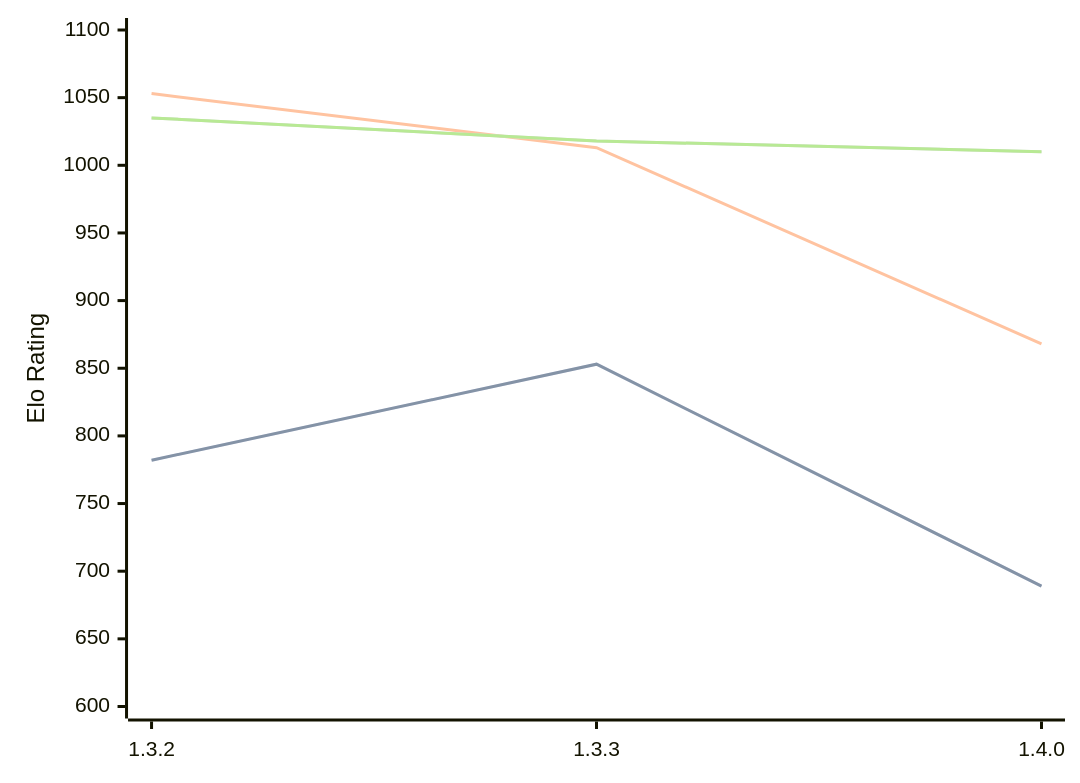
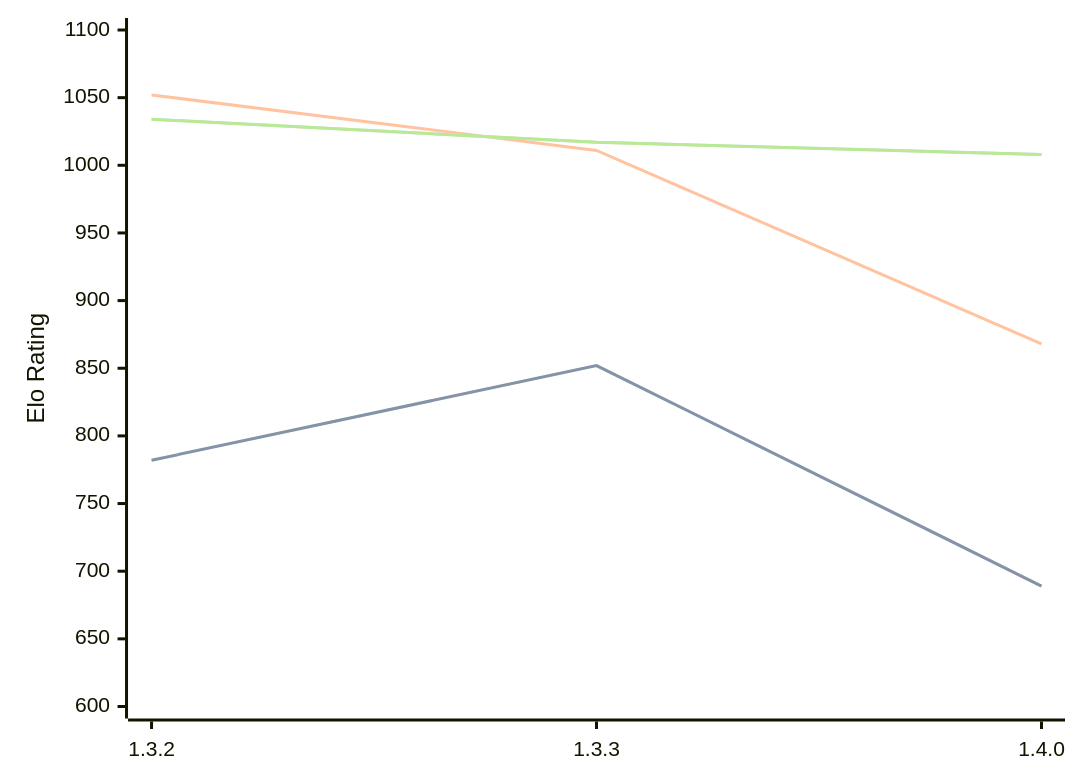
Before and after one commit to computer-chess-index/cci: the third of 3 diagrams in engines/Whitespine.md, drawn with Mermaid. The commit also changed other lines of this file, not shown here.

Commit message:
Update CCI Ratings (ELO VLTC) - 2026-07-16

````diff
--- a/engines/Whitespine.md
+++ b/engines/Whitespine.md
@@ -69,11 +69,11 @@
 ```mermaid
 %%{init: {"theme":"base","themeVariables":{"seriesColors:['#a3a3a3','#222221','#faa371']}}}%%
 xychart-beta
   x-axis ["1.3.2", "1.3.3", "1.4.0"]
   y-axis "Elo Rating" 600 --> 1100
-  line "STC (8.0+0.08s)" [782, 853, 689]
-  line "STC (8.0+0.08s)" [782, 853, 689]
-  line "LTC (60.0+0.60s)" [1053, 1013, 868]
-  line "VLTC (2m24s+1.12s)" [1035, 1018, 1010]
-  line "VLTC (2m24s+1.12s)" [1035, 1018, 1010]
+  line "STC (8.0+0.08s)" [782, 852, 689]
+  line "STC (8.0+0.08s)" [782, 852, 689]
+  line "LTC (60.0+0.60s)" [1052, 1011, 868]
+  line "VLTC (2m24s+1.12s)" [1034, 1017, 1008]
+  line "VLTC (2m24s+1.12s)" [1034, 1017, 1008]
 ```
````
